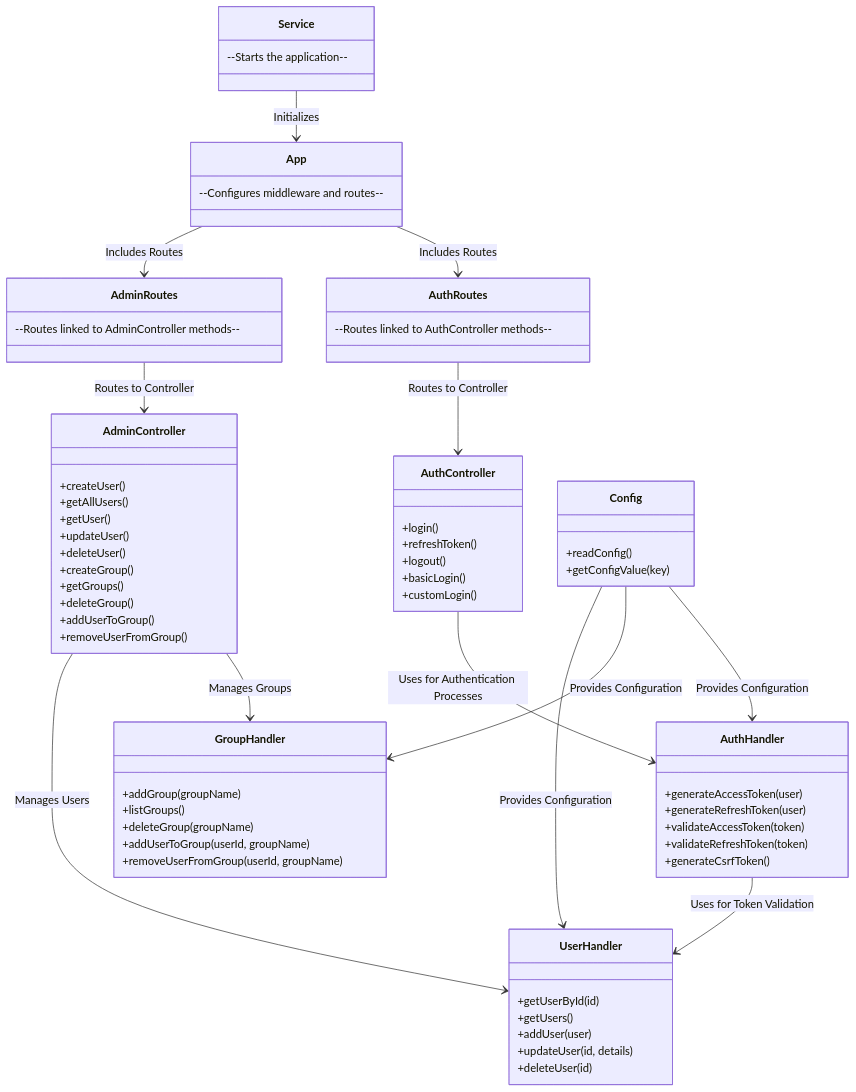
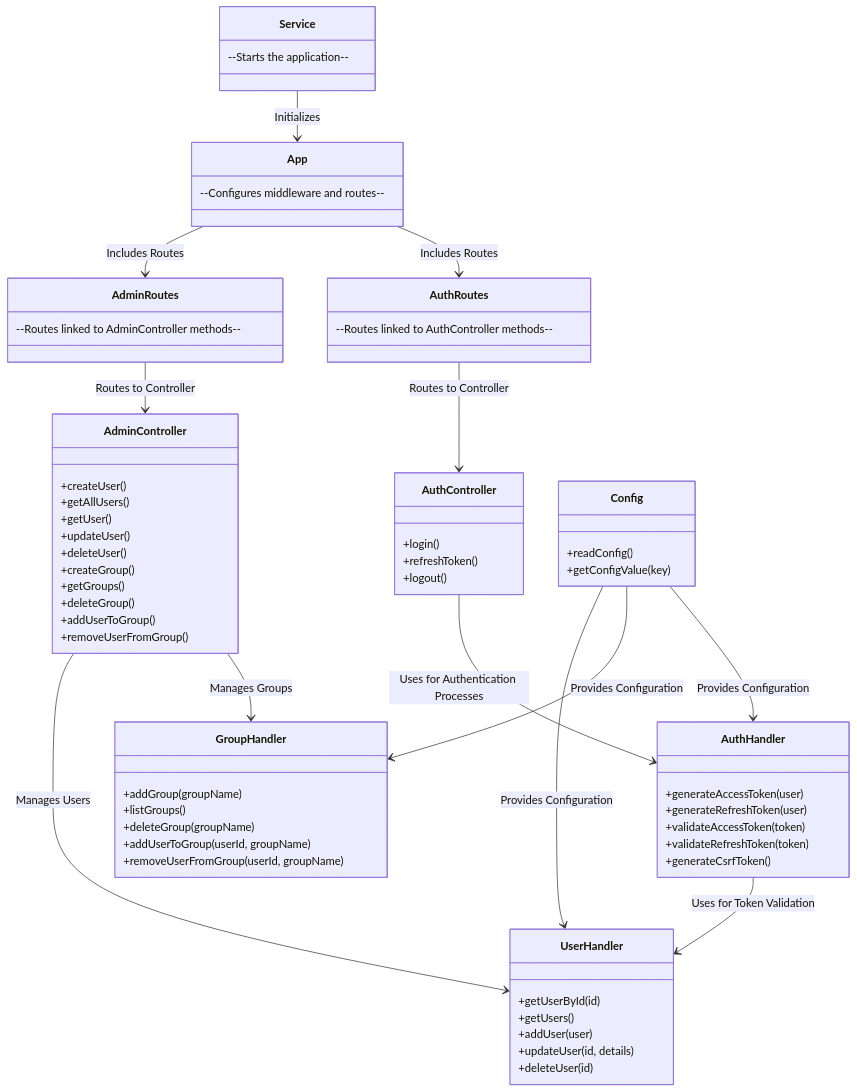
The second of 2 diagrams in README.md (miwashi-edu/edu-auth-server-2), drawn with Mermaid before and after one commit.

````diff
--- a/README.md
+++ b/README.md
@@ -31,82 +31,80 @@
 ```mermaid
 classDiagram
     class UserHandler {
         +getUserById(id)
         +getUsers()
         +addUser(user)
         +updateUser(id, details)
         +deleteUser(id)
     }
 
     class GroupHandler {
         +addGroup(groupName)
         +listGroups()
         +deleteGroup(groupName)
         +addUserToGroup(userId, groupName)
         +removeUserFromGroup(userId, groupName)
     }
 
     class AuthHandler {
         +generateAccessToken(user)
         +generateRefreshToken(user)
         +validateAccessToken(token)
         +validateRefreshToken(token)
         +generateCsrfToken()
     }
 
     class AdminController {
         +createUser()
         +getAllUsers()
         +getUser()
         +updateUser()
         +deleteUser()
         +createGroup()
         +getGroups()
         +deleteGroup()
         +addUserToGroup()
         +removeUserFromGroup()
     }
 
     class AuthController {
         +login()
         +refreshToken()
         +logout()
-        +basicLogin()
-        +customLogin()
     }
 
     class AdminRoutes {
         --Routes linked to AdminController methods--
     }
 
     class AuthRoutes {
         --Routes linked to AuthController methods--
     }
 
     class Config {
         +readConfig()
         +getConfigValue(key)
     }
 
     class Service {
         --Starts the application--
     }
 
     class App {
         --Configures middleware and routes--
     }
 
     %% Linking modules
     AuthHandler --> UserHandler : Uses for Token Validation
     AdminController --> UserHandler : Manages Users
     AdminController --> GroupHandler : Manages Groups
     AuthController --> AuthHandler : Uses for Authentication Processes
     AdminRoutes --> AdminController : Routes to Controller
     AuthRoutes --> AuthController : Routes to Controller
     Service --> App : Initializes
     Config --> UserHandler : Provides Configuration
     Config --> GroupHandler : Provides Configuration
     Config --> AuthHandler : Provides Configuration
     App --> AdminRoutes : Includes Routes
     App --> AuthRoutes : Includes Routes
 ```
````
